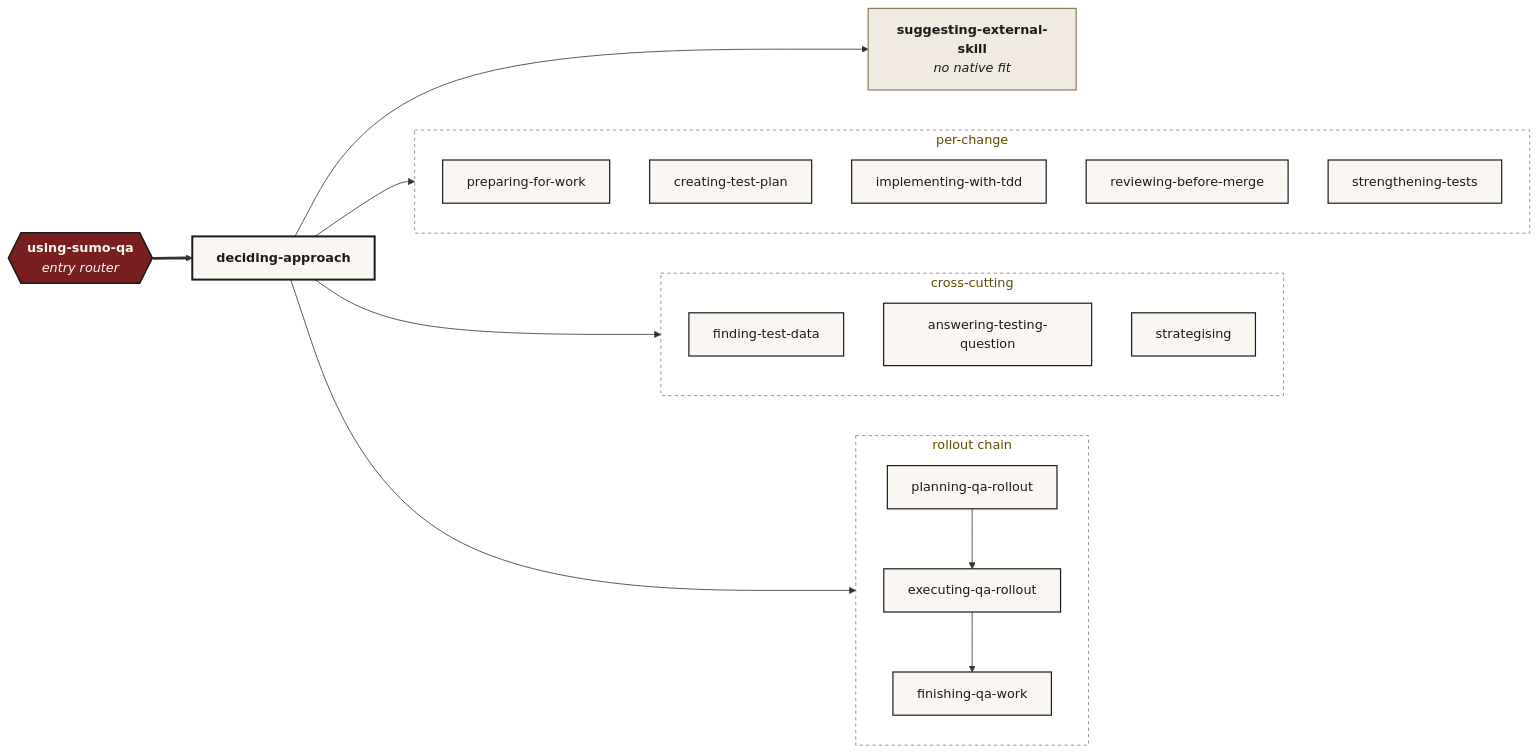
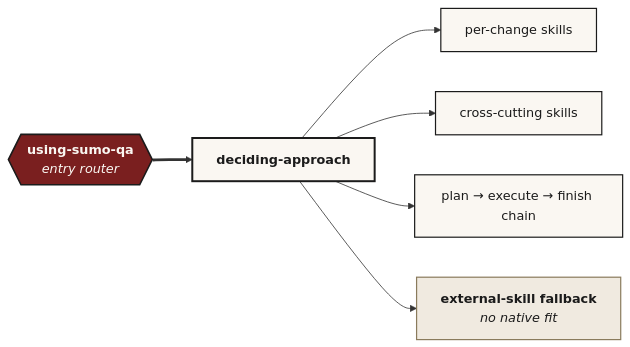
One commit to sumithr/sumo-qa changed the diagram in docs/SKILLS.md. Above: the diagram before and after it, drawn with Mermaid. The commit also changed other lines of this file and 10 other files, not shown here.

````diff
--- a/docs/SKILLS.md
+++ b/docs/SKILLS.md
@@ -21,50 +21,24 @@
 ```mermaid
 %%{init: {'theme':'base', 'themeVariables': {
   'fontFamily':'Charter, "Iowan Old Style", Georgia, serif',
   'fontSize':'13px',
   'primaryTextColor':'#1B1B1B',
   'lineColor':'#1B1B1B'
 }}}%%
 flowchart LR
     Root{{"<b>using-sumo-qa</b><br/><i>entry router</i>"}} ==> Decide["<b>deciding-approach</b>"]
-
-    subgraph PerChange ["per-change"]
-        direction TB
-        Prep["preparing-for-work"]
-        Plan["creating-test-plan"]
-        TDD["implementing-with-tdd"]
-        Review["reviewing-before-merge"]
-        Strength["strengthening-tests"]
-    end
-
-    subgraph CrossCut ["cross-cutting"]
-        direction TB
-        Data["finding-test-data"]
-        Answer["answering-testing-question"]
-        Strat["strategising"]
-    end
-
-    subgraph Rollout ["rollout chain"]
-        direction TB
-        Pln2["planning-qa-rollout"] --> Exec["executing-qa-rollout"] --> Fin["finishing-qa-work"]
-    end
-
-    NoFit["<b>suggesting-external-skill</b><br/><i>no native fit</i>"]
-
-    Decide --> PerChange
-    Decide --> CrossCut
-    Decide --> Rollout
-    Decide --> NoFit
+    Decide --> PerChange["per-change skills"]
+    Decide --> CrossCut["cross-cutting skills"]
+    Decide --> Rollout["plan → execute → finish chain"]
+    Decide --> NoFit["<b>external-skill fallback</b><br/><i>no native fit</i>"]
 
     classDef router fill:#7A1F1F,stroke:#1B1B1B,stroke-width:2px,color:#FAF7F2
     classDef step fill:#FAF7F2,stroke:#1B1B1B,stroke-width:2.5px,color:#1B1B1B
     classDef leaf fill:#FAF7F2,stroke:#1B1B1B,stroke-width:1.5px,color:#1B1B1B
     classDef fallback fill:#F0EAE0,stroke:#8A7B5C,stroke-width:1.5px,color:#1B1B1B
-    classDef group fill:none,stroke:#8A7B5C,stroke-width:1px,color:#5C4D00,stroke-dasharray: 4 4
 
     class Root router
     class Decide step
-    class Prep,Plan,TDD,Review,Strength,Data,Answer,Strat,Pln2,Exec,Fin leaf
+    class PerChange,CrossCut,Rollout leaf
     class NoFit fallback
-    class PerChange,CrossCut,Rollout group
 ```
````
